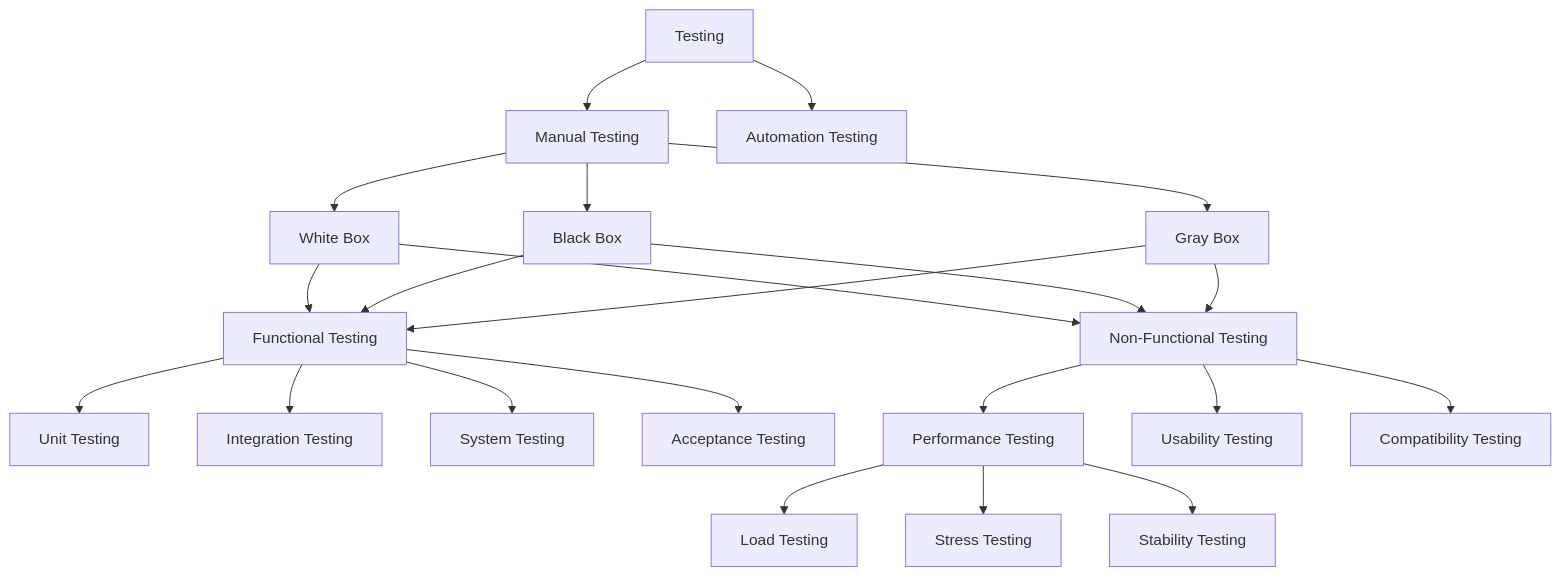
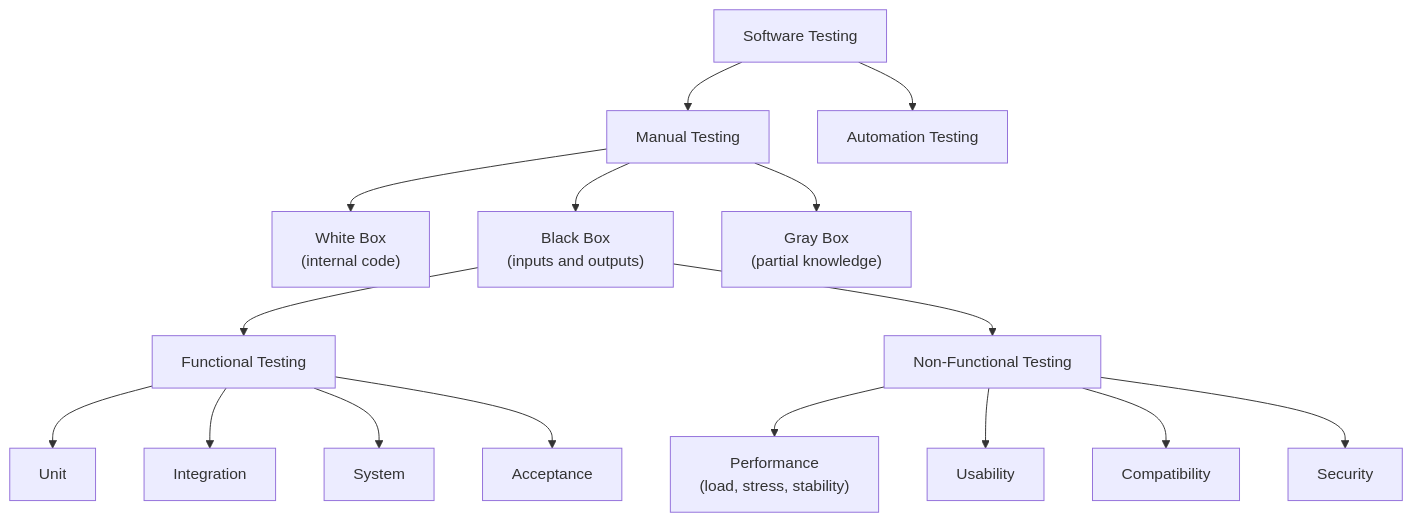
Before and after one commit to Ajay120503/ST_Notes: diagram 13 of 41 in README.md, drawn with Mermaid. The commit also changed other lines of this file, not shown here.

````diff
--- a/README.md
+++ b/README.md
@@ -228,24 +410,18 @@
 ```mermaid
 flowchart TD
-    T[Testing] --> M[Manual Testing]
-    T --> A[Automation Testing]
-    M --> WB[White Box]
-    M --> BB[Black Box]
-    M --> GB[Gray Box]
-    WB --> F[Functional Testing]
-    BB --> F
-    GB --> F
-    WB --> NF[Non-Functional Testing]
-    BB --> NF
-    GB --> NF
-    F --> U[Unit Testing]
-    F --> I[Integration Testing]
-    F --> S[System Testing]
-    F --> AC[Acceptance Testing]
-    NF --> P[Performance Testing]
-    NF --> US[Usability Testing]
-    NF --> C[Compatibility Testing]
-    P --> L[Load Testing]
-    P --> ST[Stress Testing]
-    P --> SB[Stability Testing]
+    T["Software Testing"] --> M["Manual Testing"]
+    T --> A["Automation Testing"]
+    M --> WB["White Box<br/>(internal code)"]
+    M --> BB["Black Box<br/>(inputs and outputs)"]
+    M --> GB["Gray Box<br/>(partial knowledge)"]
+    BB --> F["Functional Testing"]
+    BB --> NF["Non-Functional Testing"]
+    F --> F1["Unit"]
+    F --> F2["Integration"]
+    F --> F3["System"]
+    F --> F4["Acceptance"]
+    NF --> N1["Performance<br/>(load, stress, stability)"]
+    NF --> N2["Usability"]
+    NF --> N3["Compatibility"]
+    NF --> N4["Security"]
 ```
````
